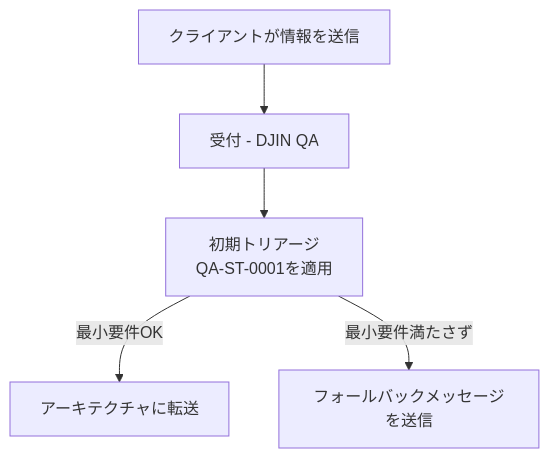
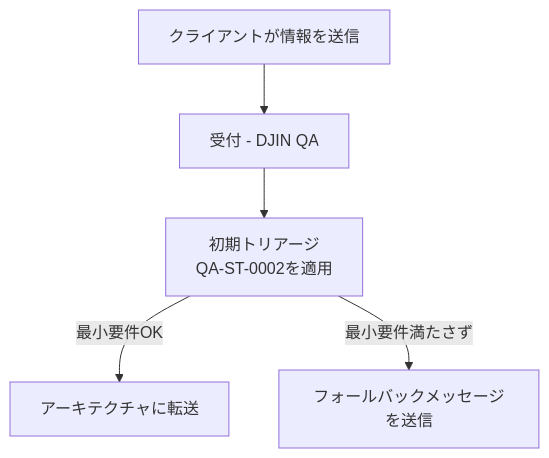
Before and after one commit to dtechmaster/djin-work: the second of 2 diagrams in processes/ja/QA/QA-P-0001.md, drawn with Mermaid. The commit also changed other lines of this file and 5 other files, not shown here.

````diff
--- a/processes/ja/QA/QA-P-0001.md
+++ b/processes/ja/QA/QA-P-0001.md
@@ -41,12 +41,12 @@
 ```mermaid
 flowchart TD
 
     A["クライアントが情報を送信"] --> B["受付 - DJIN QA"]
 
     B --> C["初期トリアージ
-QA-ST-0001を適用"]
+QA-ST-0002を適用"]
 
     C -->|最小要件OK| D["アーキテクチャに転送"]
     C -->|最小要件満たさず| E["フォールバックメッセージを送信"]
     
 ```
````
